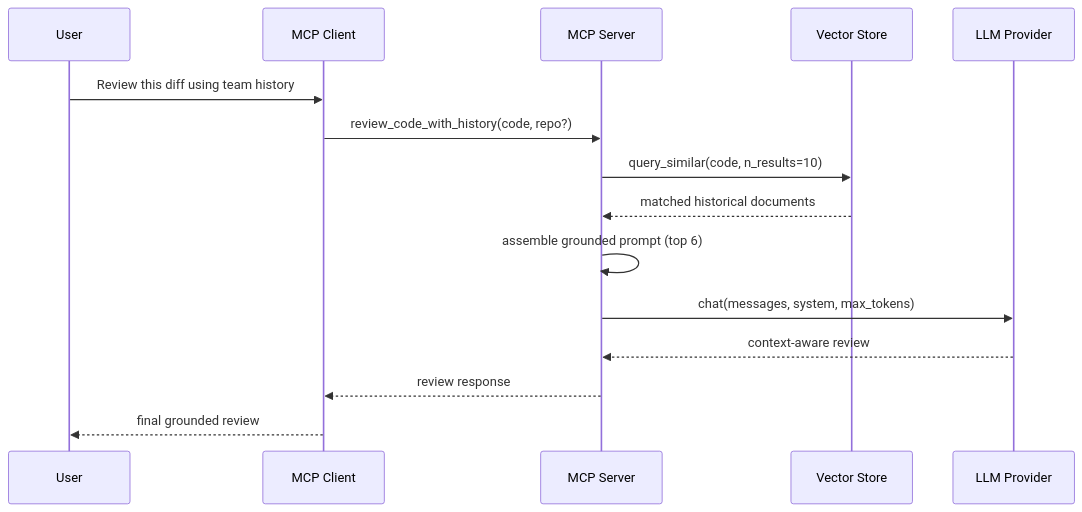
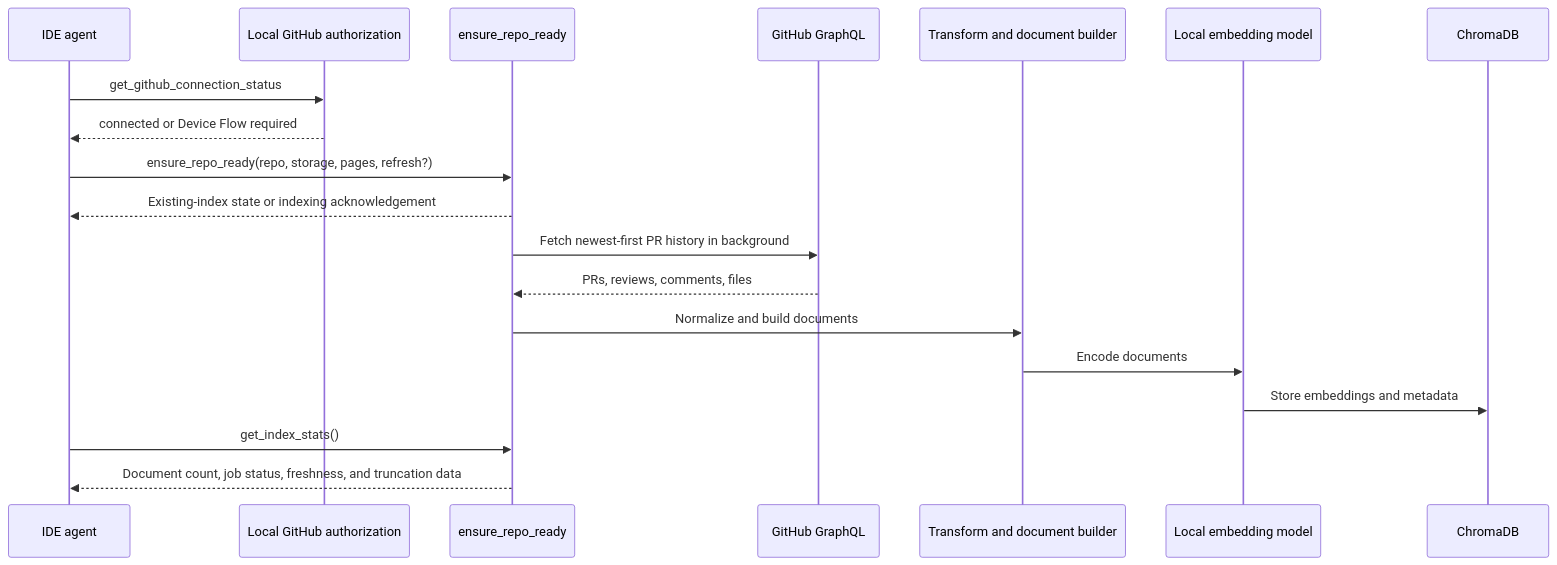
The first of 2 diagrams in docs/pipeline.md (paarths-collab/github-pr-context-mcp), drawn with Mermaid before and after one commit. The commit also changed other lines of this file and 67 other files, not shown here.

````diff
--- a/docs/pipeline.md
+++ b/docs/pipeline.md
@@ -26,18 +7,22 @@
 ```mermaid
 sequenceDiagram
-    participant U as User
-    participant C as MCP Client
-    participant S as MCP Server
-    participant V as Vector Store
-    participant L as LLM Provider
+    participant A as IDE agent
+    participant AU as Local GitHub authorization
+    participant S as ensure_repo_ready
+    participant G as GitHub GraphQL
+    participant T as Transform and document builder
+    participant E as Local embedding model
+    participant C as ChromaDB
 
-    U->>C: Review this diff using team history
-    C->>S: review_code_with_history(code, repo?)
-    S->>V: query_similar(code, n_results=10)
-    V-->>S: matched historical documents
-    S->>S: assemble grounded prompt (top 6)
-    S->>L: chat(messages, system, max_tokens)
-    L-->>S: context-aware review
-    S-->>C: review response
-    C-->>U: final grounded review
+    A->>AU: get_github_connection_status
+    AU-->>A: connected or Device Flow required
+    A->>S: ensure_repo_ready(repo, storage, pages, refresh?)
+    S-->>A: Existing-index state or indexing acknowledgement
+    S->>G: Fetch newest-first PR history in background
+    G-->>S: PRs, reviews, comments, files
+    S->>T: Normalize and build documents
+    T->>E: Encode documents
+    E->>C: Store embeddings and metadata
+    A->>S: get_index_stats()
+    S-->>A: Document count, job status, freshness, and truncation data
 ```
````
